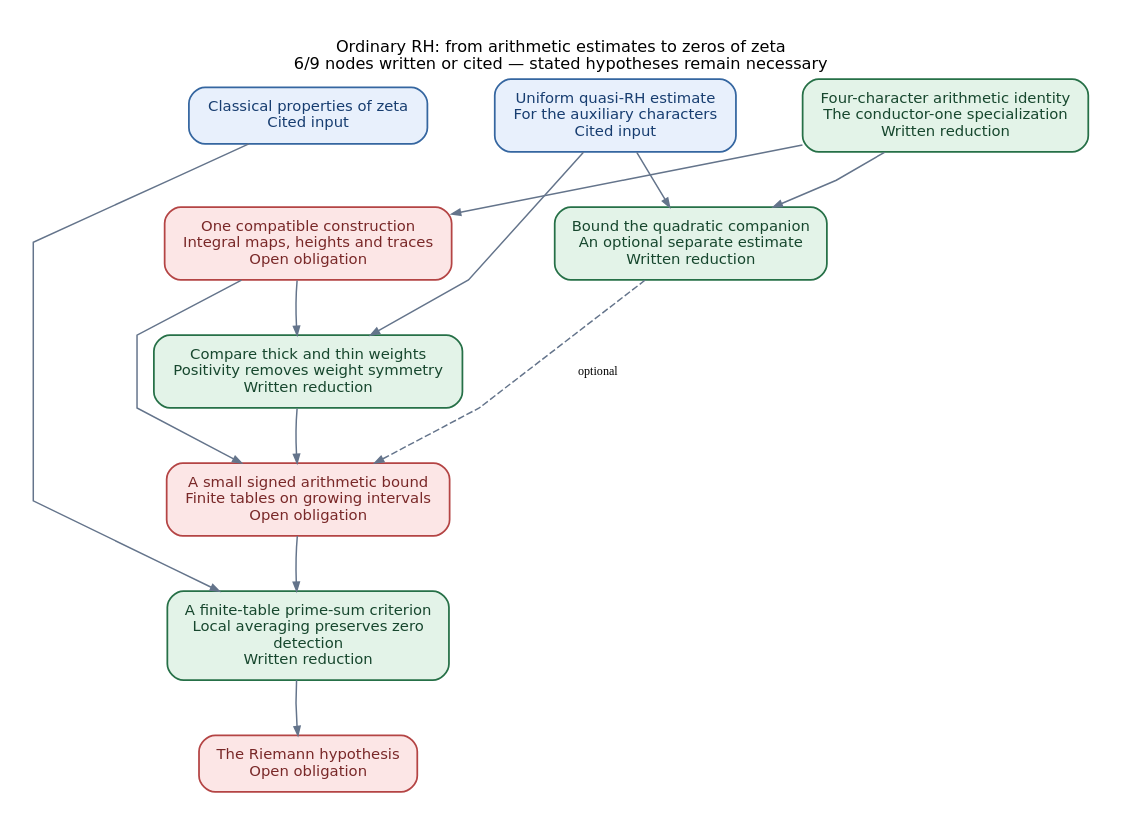
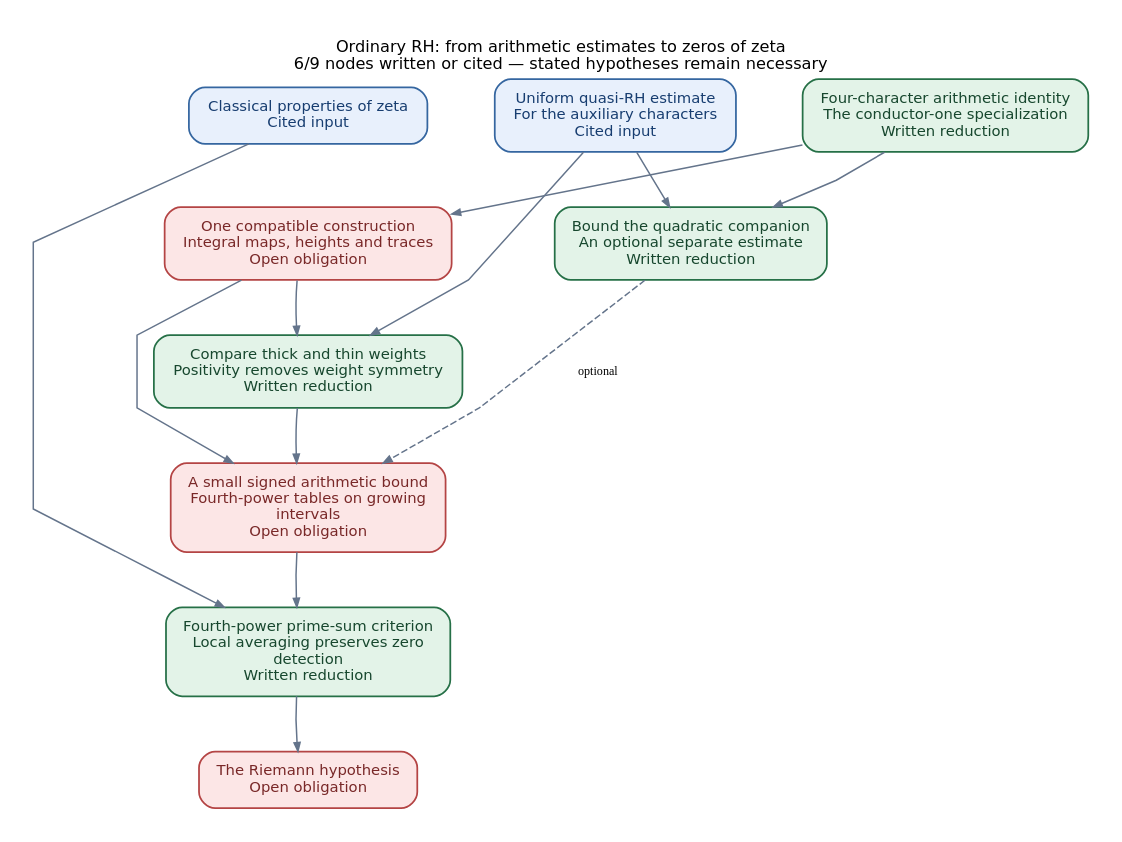
The diagram in blueprint/rh/proof.dot (JoseBrox/GRH_distillation), drawn with Graphviz before and after one commit. The commit also changed 71 other files, not shown here.

```diff
--- a/blueprint/rh/proof.dot
+++ b/blueprint/rh/proof.dot
@@ -1,43 +1,43 @@
 digraph proof {
 graph [rankdir=TB, bgcolor="white", pad="0.24", nodesep="0.30", ranksep="0.48",
   fontname="DejaVu Sans", fontsize=12, labelloc=t, label="Ordinary RH: from arithmetic estimates to zeros of zeta\n6/9 nodes written or cited — stated hypotheses remain necessary", splines=polyline];
 node [shape=box, style="rounded,filled", fontname="DejaVu Sans", fontsize=11,
   margin="0.18,0.12", penwidth=1.3];
 edge [color="#64748B", penwidth=1.1, arrowsize=0.65];
 graph [nodesep="0.35", ranksep="0.55"];
 "rh_classical" [label="Classical properties of zeta\nCited input", fillcolor="#E8F0FC", color="#3566A0", fontcolor="#173D70"];
 "rh_qrh" [label="Uniform quasi-RH estimate\nFor the auxiliary characters\nCited input", fillcolor="#E8F0FC", color="#3566A0", fontcolor="#173D70"];
 "rh_four" [label="Four-character arithmetic identity\nThe conductor-one specialization\nWritten reduction", fillcolor="#E3F3E8", color="#267047", fontcolor="#17472E"];
 "rh_data" [label="One compatible construction\nIntegral maps, heights and traces\nOpen obligation", fillcolor="#FCE6E6", color="#B44444", fontcolor="#792828"];
 "rh_transfer" [label="Compare thick and thin weights\nPositivity removes weight symmetry\nWritten reduction", fillcolor="#E3F3E8", color="#267047", fontcolor="#17472E"];
 "rh_companion" [label="Bound the quadratic companion\nAn optional separate estimate\nWritten reduction", fillcolor="#E3F3E8", color="#267047", fontcolor="#17472E"];
-"rh_bound" [label="A small signed arithmetic bound\nFinite tables on growing intervals\nOpen obligation", fillcolor="#FCE6E6", color="#B44444", fontcolor="#792828"];
-"rh_criterion" [label="A finite-table prime-sum criterion\nLocal averaging preserves zero\ndetection\nWritten reduction", fillcolor="#E3F3E8", color="#267047", fontcolor="#17472E"];
+"rh_bound" [label="A small signed arithmetic bound\nFourth-power tables on growing\nintervals\nOpen obligation", fillcolor="#FCE6E6", color="#B44444", fontcolor="#792828"];
+"rh_criterion" [label="Fourth-power prime-sum criterion\nLocal averaging preserves zero\ndetection\nWritten reduction", fillcolor="#E3F3E8", color="#267047", fontcolor="#17472E"];
 "rh_goal" [label="The Riemann hypothesis\nOpen obligation", fillcolor="#FCE6E6", color="#B44444", fontcolor="#792828"];
 "rh_four" -> "rh_data";
 "rh_four" -> "rh_companion";
 "rh_qrh" -> "rh_companion";
 "rh_data" -> "rh_transfer";
 "rh_data" -> "rh_bound";
 "rh_transfer" -> "rh_bound";
 "rh_companion" -> "rh_bound" [style=dashed, label="optional", fontsize=9];
 "rh_bound" -> "rh_criterion";
 "rh_classical" -> "rh_criterion";
 "rh_criterion" -> "rh_goal";
 "rh_qrh" -> "rh_transfer";
 {rank=same; "rh_classical"; "rh_qrh"; "rh_four";}
 {rank=same; "rh_data"; "rh_companion";}
 {rank=same; "rh_transfer";}
 {rank=same; "rh_bound";}
 {rank=same; "rh_criterion";}
 {rank=same; "rh_goal";}
 // Invisible edges below control layout only; they are not proof interfaces.
 "rh_classical" -> "rh_qrh" [style=invis, weight=50];
 "rh_qrh" -> "rh_four" [style=invis, weight=50];
 "rh_data" -> "rh_companion" [style=invis, weight=50];
 "rh_classical" -> "rh_data" [style=invis, weight=50];
 "rh_data" -> "rh_transfer" [style=invis, weight=50];
 "rh_transfer" -> "rh_bound" [style=invis, weight=50];
 "rh_bound" -> "rh_criterion" [style=invis, weight=50];
 "rh_criterion" -> "rh_goal" [style=invis, weight=50];
 }
```
